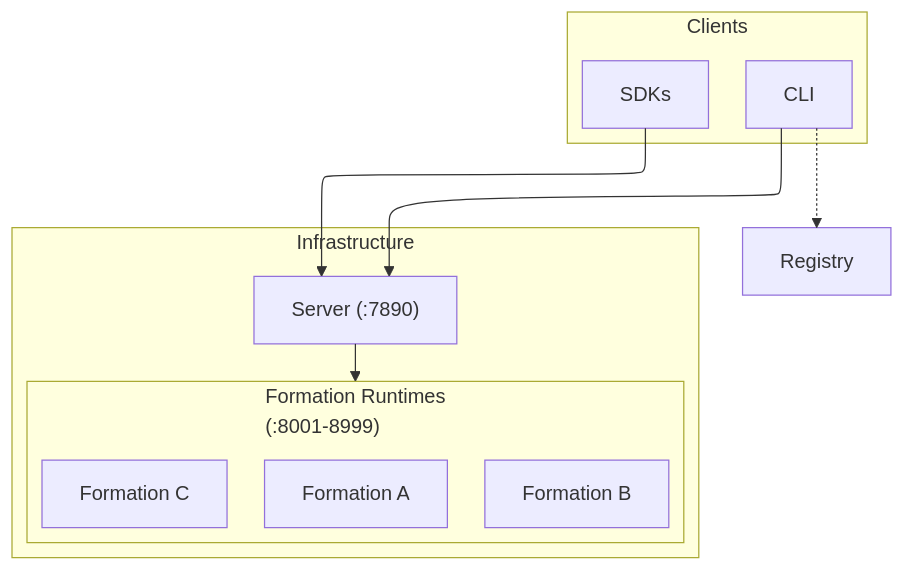
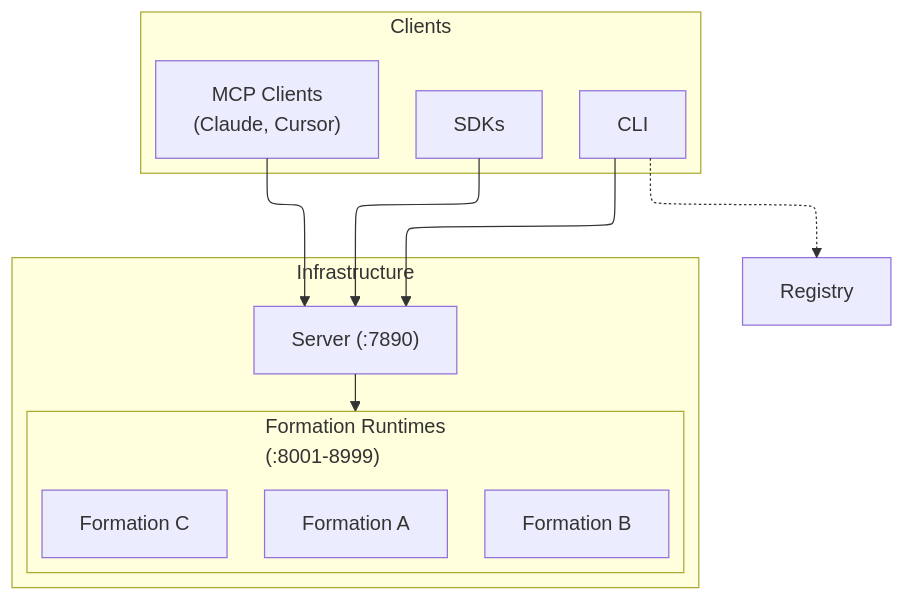
The first of 3 diagrams in docs/concepts/architecture.md (muxi-ai/muxi), drawn with Mermaid before and after one commit. The commit also changed other lines of this file and 7 other files, not shown here.

````diff
--- a/docs/concepts/architecture.md
+++ b/docs/concepts/architecture.md
@@ -15,29 +15,31 @@
 ```mermaid
 ---
 config:
   layout: elk
   elk:
     nodePlacementStrategy: LINEAR_SEGMENTS
 ---
 flowchart TB
     subgraph Clients
         CLI[CLI]
         SDKs[SDKs]
+        MCP_Clients["MCP Clients<br>(Claude, Cursor)"]
     end
 
     subgraph Infrastructure
         Server["Server (:7890)"]
-        subgraph Formations["Formation Runtimes\n(:8001-8999)"]
+        subgraph Formations["Formation Runtimes<br>(:8001-8999)"]
             F1[Formation A]
             F2[Formation B]
             F3[Formation C]
         end
     end
 
     Registry[Registry]
 
     CLI --> Server
     SDKs --> Server
+    MCP_Clients --> Server
     CLI -.-> Registry
     Server --> Formations
 ```
````
